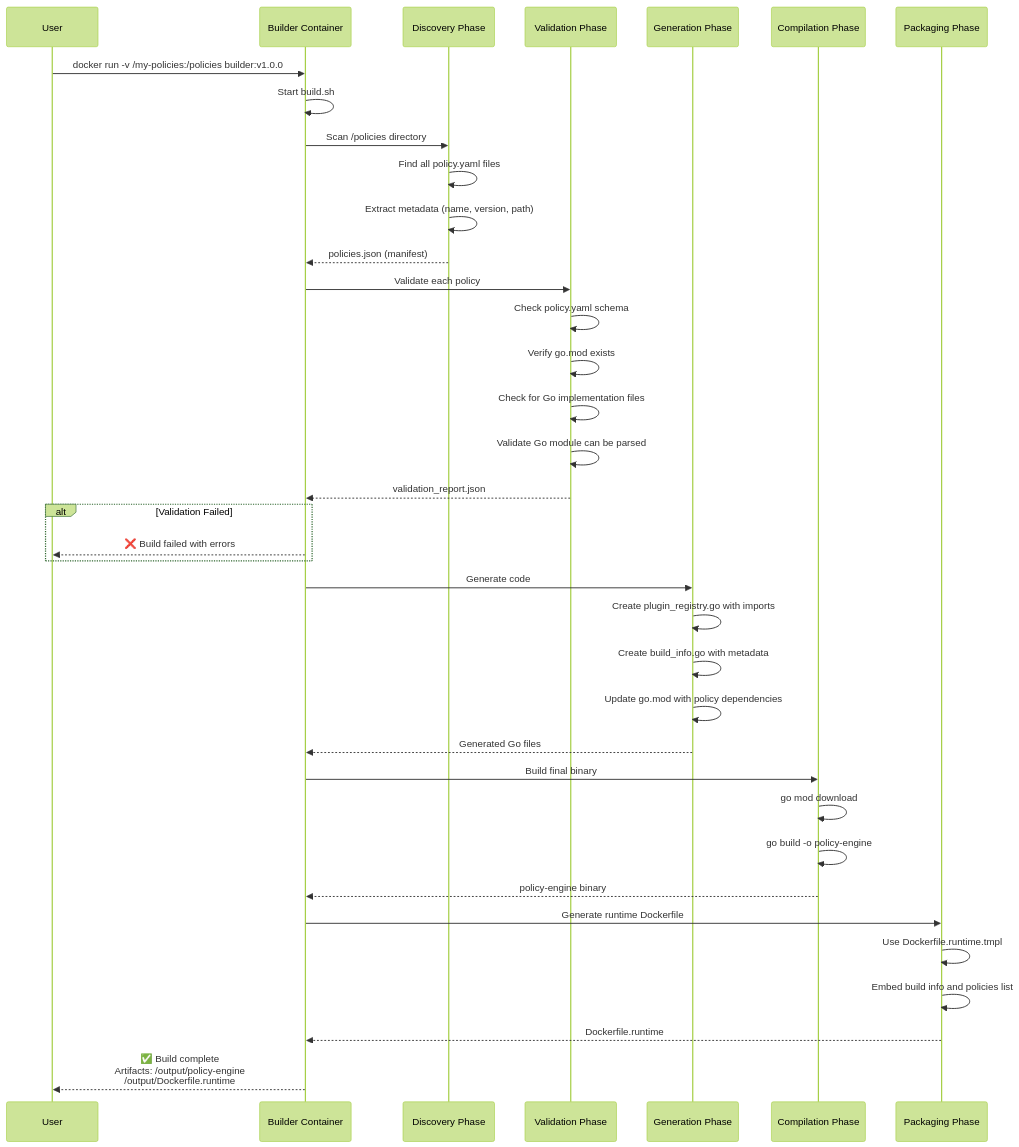
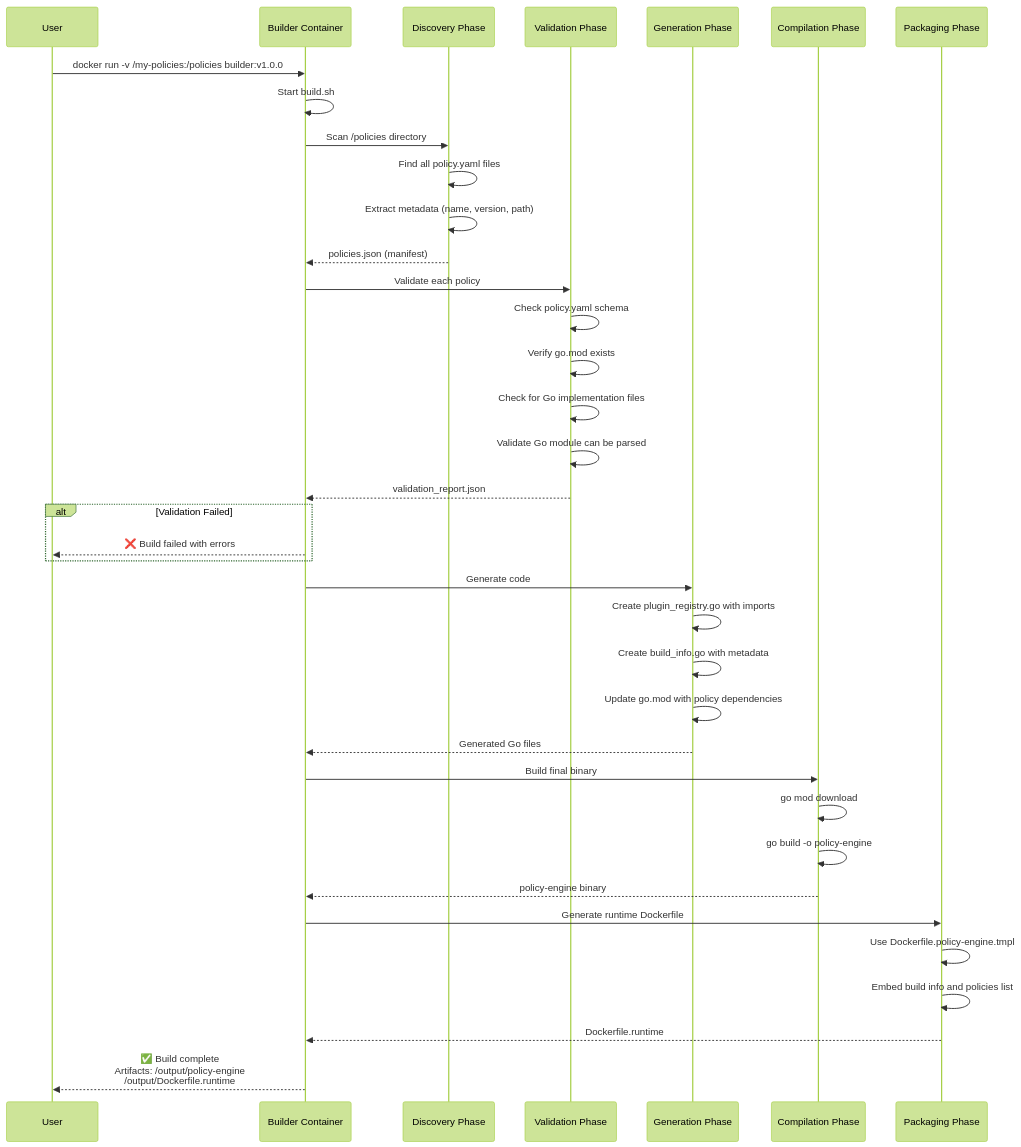
The diagram in gateway/policy-engine/BUILDER_DESIGN.md (wso2/api-platform), drawn with Mermaid (forest theme) before and after one commit. The commit also changed other lines of this file and 8 other files, not shown here.

Commit message:
feat: Rename policy engine Dockerfile template

````diff
--- a/gateway/policy-engine/BUILDER_DESIGN.md
+++ b/gateway/policy-engine/BUILDER_DESIGN.md
@@ -112,47 +112,47 @@
 ```mermaid
 sequenceDiagram
     participant User
     participant Builder as Builder Container
     participant Discover as Discovery Phase
     participant Validate as Validation Phase
     participant Generate as Generation Phase
     participant Compile as Compilation Phase
     participant Package as Packaging Phase
 
     User->>Builder: docker run -v /my-policies:/policies builder:v1.0.0
     Builder->>Builder: Start build.sh
 
     Builder->>Discover: Scan /policies directory
     Discover->>Discover: Find all policy.yaml files
     Discover->>Discover: Extract metadata (name, version, path)
     Discover-->>Builder: policies.json (manifest)
 
     Builder->>Validate: Validate each policy
     Validate->>Validate: Check policy.yaml schema
     Validate->>Validate: Verify go.mod exists
     Validate->>Validate: Check for Go implementation files
     Validate->>Validate: Validate Go module can be parsed
     Validate-->>Builder: validation_report.json
 
     alt Validation Failed
         Builder-->>User: ❌ Build failed with errors
     end
 
     Builder->>Generate: Generate code
     Generate->>Generate: Create plugin_registry.go with imports
     Generate->>Generate: Create build_info.go with metadata
     Generate->>Generate: Update go.mod with policy dependencies
     Generate-->>Builder: Generated Go files
 
     Builder->>Compile: Build final binary
     Compile->>Compile: go mod download
     Compile->>Compile: go build -o policy-engine
     Compile-->>Builder: policy-engine binary
 
     Builder->>Package: Generate runtime Dockerfile
-    Package->>Package: Use Dockerfile.runtime.tmpl
+    Package->>Package: Use Dockerfile.policy-engine.tmpl
     Package->>Package: Embed build info and policies list
     Package-->>Builder: Dockerfile.runtime
 
     Builder-->>User: ✅ Build complete<br/>Artifacts: /output/policy-engine<br/>          /output/Dockerfile.runtime
 ```
````
